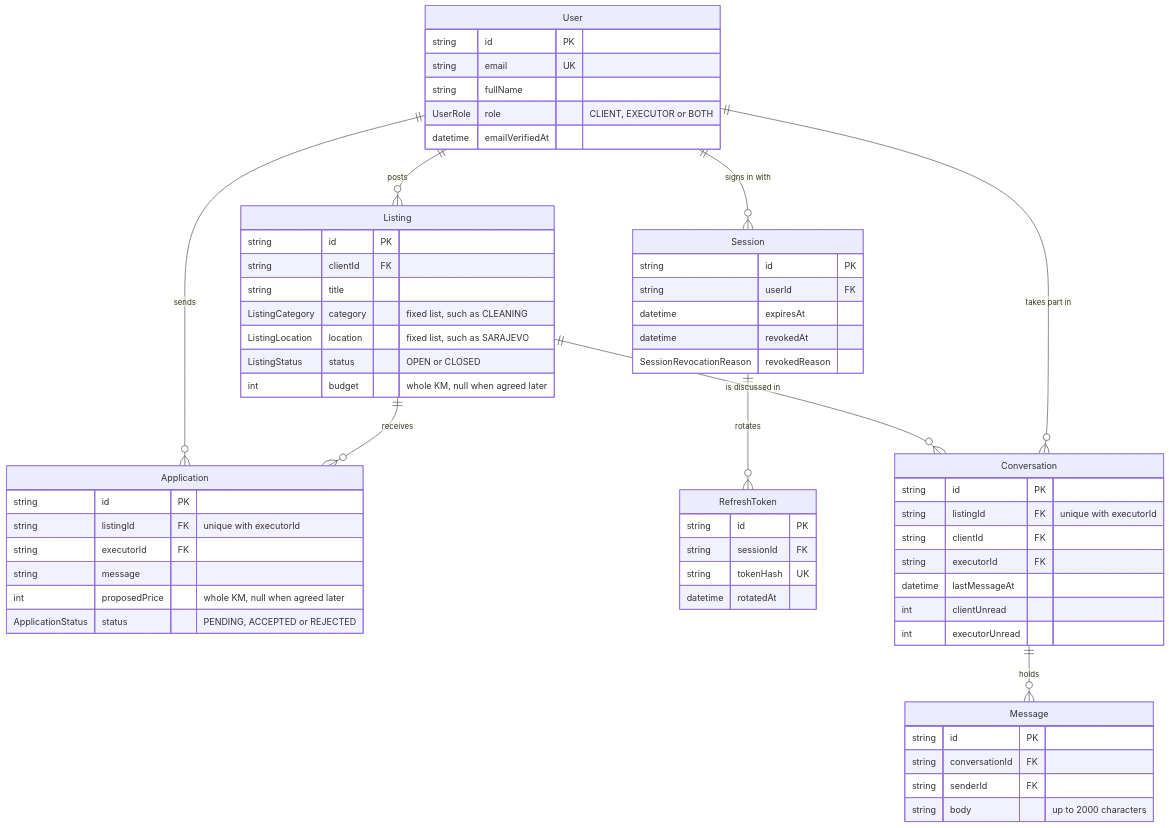
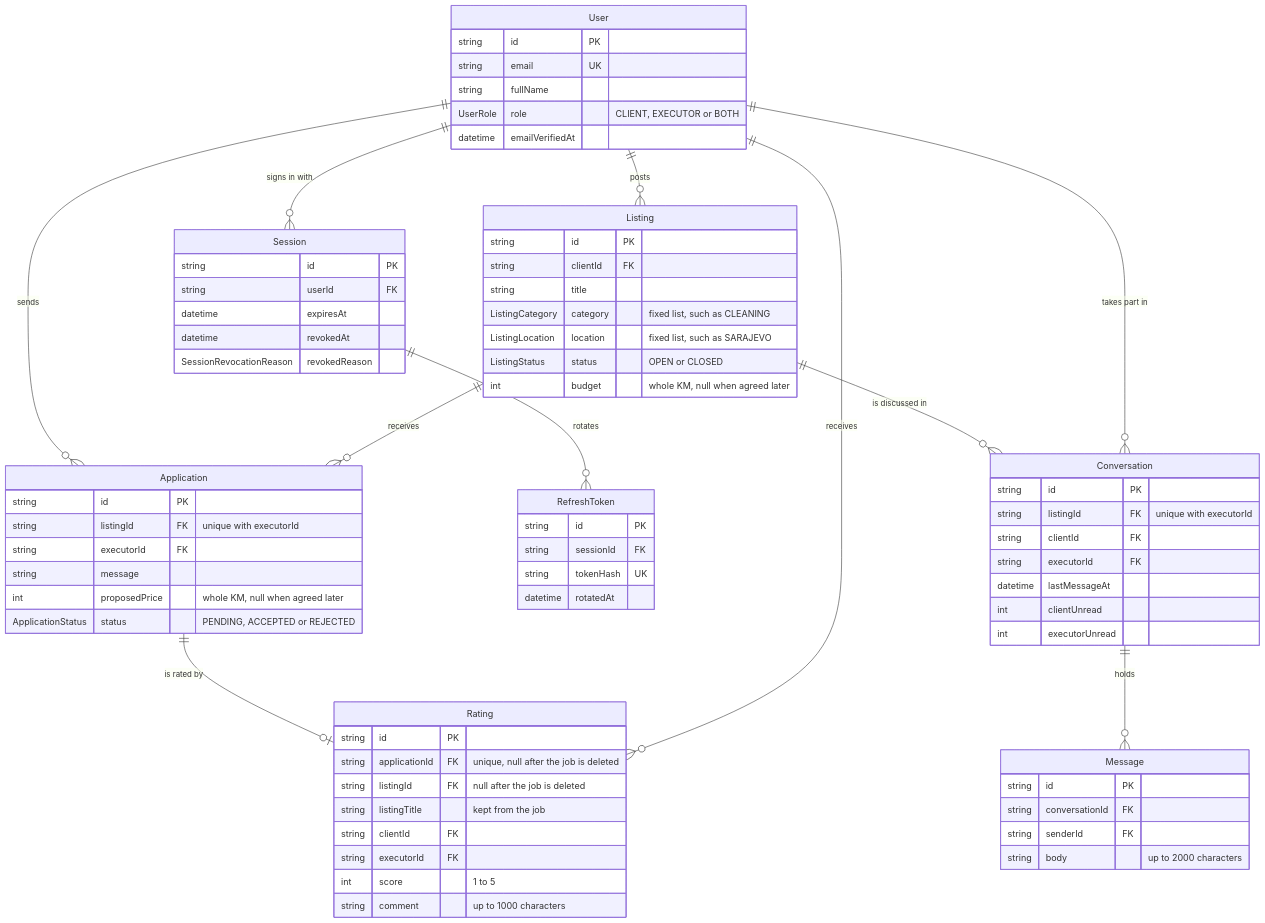
The third of 3 diagrams in README.md (Muhamed2805/SaStrane), drawn with Mermaid before and after one commit. The commit also changed other lines of this file and 35 other files, not shown here.

First line of the commit message:
feat: let clients rate executors after a job

````diff
--- a/README.md
+++ b/README.md
@@ -197,64 +205,76 @@
 ```mermaid
 erDiagram
   User ||--o{ Listing : posts
   User ||--o{ Application : sends
   Listing ||--o{ Application : receives
   User ||--o{ Session : "signs in with"
   Session ||--o{ RefreshToken : rotates
   Listing ||--o{ Conversation : "is discussed in"
   User ||--o{ Conversation : "takes part in"
   Conversation ||--o{ Message : holds
+  Application ||--o| Rating : "is rated by"
+  User ||--o{ Rating : receives
 
   User {
     string id PK
     string email UK
     string fullName
     UserRole role "CLIENT, EXECUTOR or BOTH"
     datetime emailVerifiedAt
   }
   Listing {
     string id PK
     string clientId FK
     string title
     ListingCategory category "fixed list, such as CLEANING"
     ListingLocation location "fixed list, such as SARAJEVO"
     ListingStatus status "OPEN or CLOSED"
     int budget "whole KM, null when agreed later"
   }
   Application {
     string id PK
     string listingId FK "unique with executorId"
     string executorId FK
     string message
     int proposedPrice "whole KM, null when agreed later"
     ApplicationStatus status "PENDING, ACCEPTED or REJECTED"
   }
   Session {
     string id PK
     string userId FK
     datetime expiresAt
     datetime revokedAt
     SessionRevocationReason revokedReason
   }
   RefreshToken {
     string id PK
     string sessionId FK
     string tokenHash UK
     datetime rotatedAt
   }
   Conversation {
     string id PK
     string listingId FK "unique with executorId"
     string clientId FK
     string executorId FK
     datetime lastMessageAt
     int clientUnread
     int executorUnread
   }
   Message {
     string id PK
     string conversationId FK
     string senderId FK
     string body "up to 2000 characters"
   }
+  Rating {
+    string id PK
+    string applicationId FK "unique, null after the job is deleted"
+    string listingId FK "null after the job is deleted"
+    string listingTitle "kept from the job"
+    string clientId FK
+    string executorId FK
+    int score "1 to 5"
+    string comment "up to 1000 characters"
+  }
 ```
````
